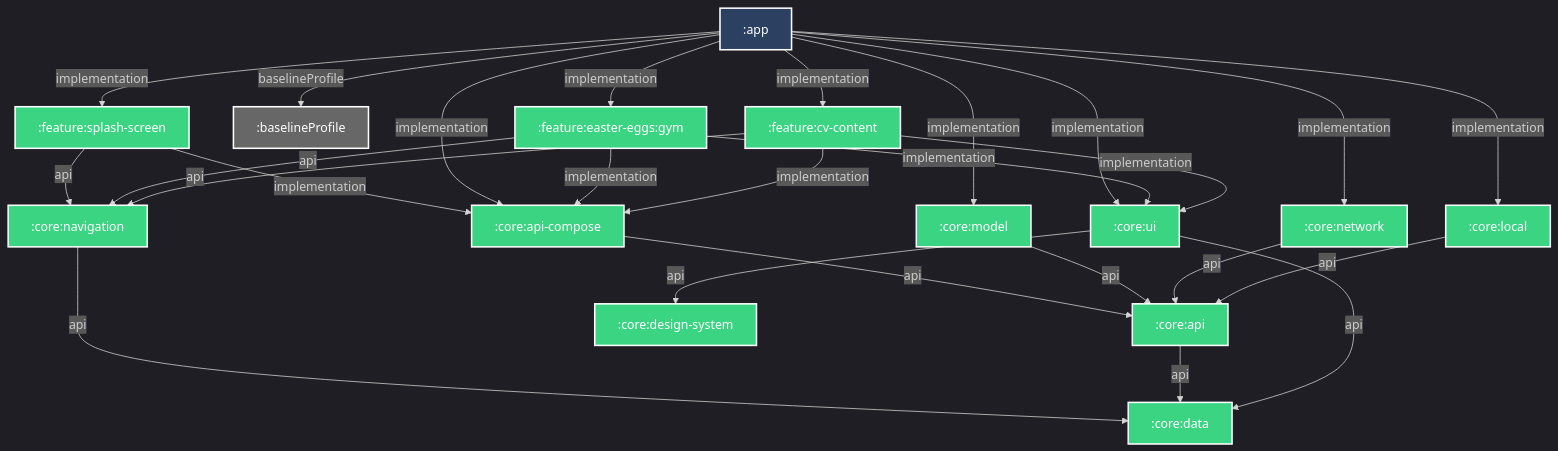
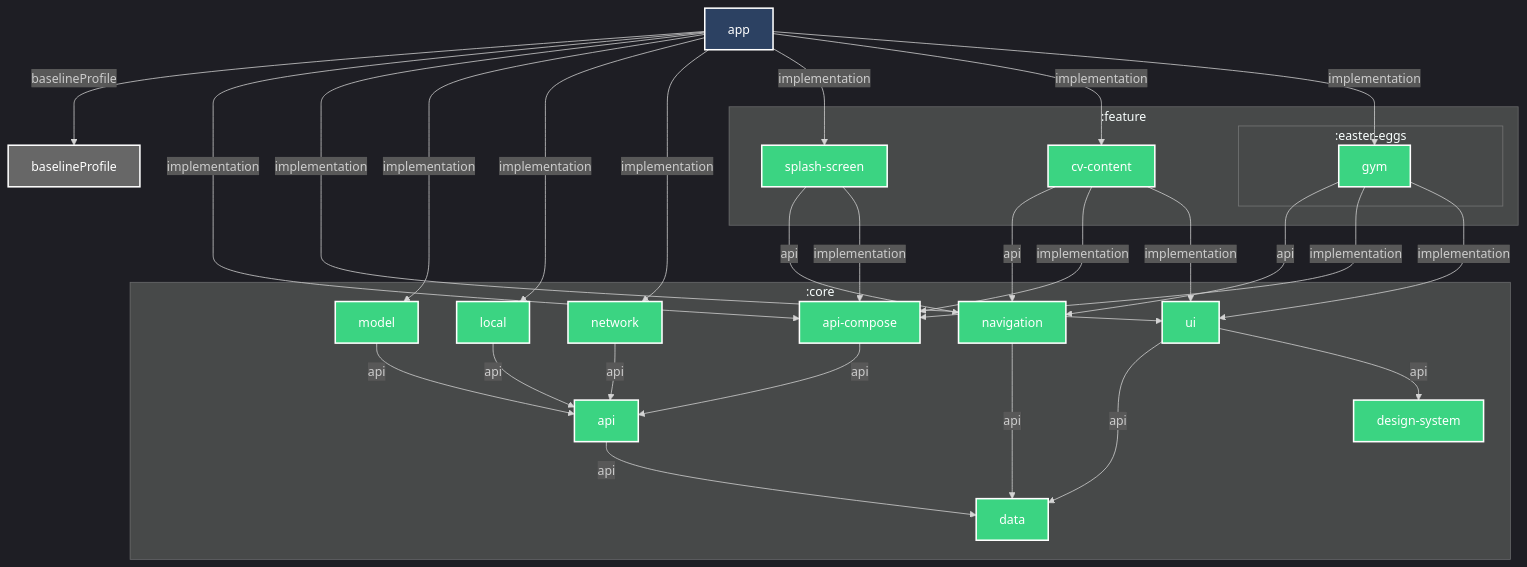
One commit to Dussim/cv-app changed the diagram in README.md. Above: the diagram before and after it, drawn with Mermaid. The commit also changed 24 other files, not shown here.

Commit message:
Update READMEs with module hierarchy graphs, refactor Gradle configurations, and bump dependencies

```diff
--- a/README.md
+++ b/README.md
@@ -8,6 +8,37 @@
 }%%
 
 graph TB
+  :app["app"]
+  :baselineProfile["baselineProfile"]
+  subgraph :core
+    :core:navigation["navigation"]
+    :core:data["data"]
+    :core:api-compose["api-compose"]
+    :core:api["api"]
+    :core:navigation["navigation"]
+    :core:api-compose["api-compose"]
+    :core:ui["ui"]
+    :core:model["model"]
+    :core:local["local"]
+    :core:network["network"]
+    :core:model["model"]
+    :core:network["network"]
+    :core:api["api"]
+    :core:local["local"]
+    :core:ui["ui"]
+    :core:design-system["design-system"]
+  end
+  subgraph :feature
+    :feature:splash-screen["splash-screen"]
+    :feature:splash-screen["splash-screen"]
+    :feature:cv-content["cv-content"]
+    :feature:cv-content["cv-content"]
+    subgraph :easter-eggs
+      :feature:easter-eggs:gym["gym"]
+      :feature:easter-eggs:gym["gym"]
+    end
+  end
+
   :core:navigation -- api --> :core:data
   :core:api-compose -- api --> :core:api
   :feature:splash-screen -- api --> :core:navigation
```
